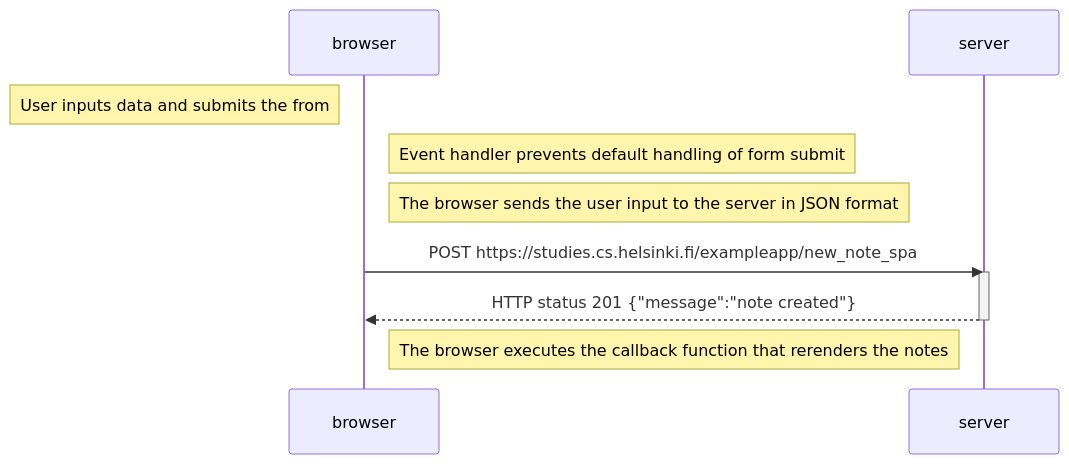
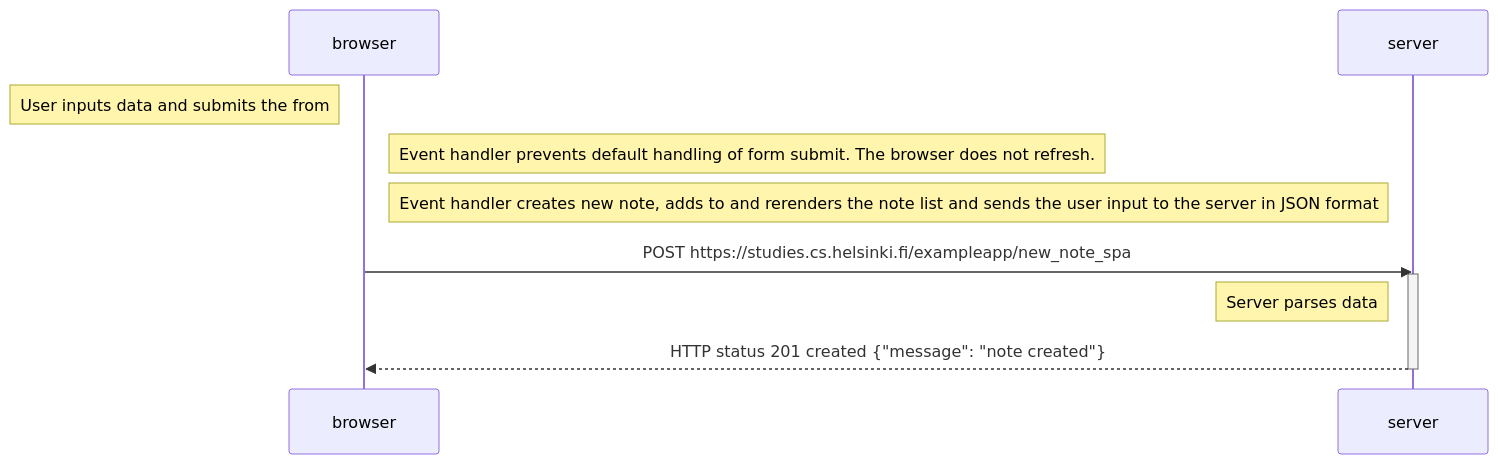
The diagram in part-0/0.6-new-note-in-spa-diagram.md (palacejackson/fullstackopen), drawn with Mermaid before and after one commit.

````diff
--- a/part-0/0.6-new-note-in-spa-diagram.md
+++ b/part-0/0.6-new-note-in-spa-diagram.md
@@ -6,15 +6,15 @@
 ``` mermaid
 sequenceDiagram
     participant browser
     participant server
 
     Note left of browser: User inputs data and submits the from
-    Note right of browser: Event handler prevents default handling of form submit
-    Note right of browser: The browser sends the user input to the server in JSON format
+    Note right of browser: Event handler prevents default handling of form submit. The browser does not refresh.
+    Note right of browser: Event handler creates new note, adds to and rerenders the note list and sends the user input to the server in JSON format
     browser->>server: POST https://studies.cs.helsinki.fi/exampleapp/new_note_spa
     activate server
-    server-->>browser: HTTP status 201 {"message":"note created"}
+    Note left of server: Server parses data
+    server-->>browser: HTTP status 201 created {"message": "note created"}
     deactivate server
 
-    Note right of browser: The browser executes the callback function that rerenders the notes
 ```
````
